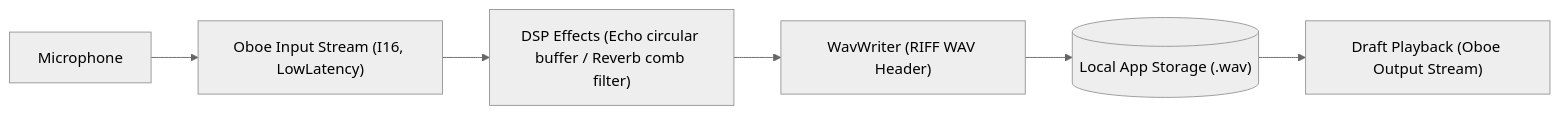
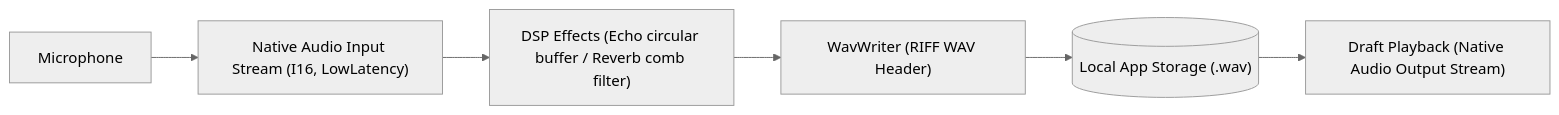
One commit to AkhilYeddu/RoxStar_App changed the second of 4 diagrams in README.md. Above: the diagram before and after it, drawn with Mermaid (neutral theme). The commit also changed other lines of this file and 243 other files, not shown here.

````diff
--- a/README.md
+++ b/README.md
@@ -87,8 +87,8 @@
 ```mermaid
 flowchart LR
-    Mic["Microphone"] --> OboeIn["Oboe Input Stream (I16, LowLatency)"]
-    OboeIn --> DSP["DSP Effects (Echo circular buffer / Reverb comb filter)"]
+    Mic["Microphone"] --> AudioIn["Native Audio Input Stream (I16, LowLatency)"]
+    AudioIn --> DSP["DSP Effects (Echo circular buffer / Reverb comb filter)"]
     DSP --> WavWriter["WavWriter (RIFF WAV Header)"]
     WavWriter --> Storage[("Local App Storage (.wav)")]
-    Storage --> Playback["Draft Playback (Oboe Output Stream)"]
+    Storage --> Playback["Draft Playback (Native Audio Output Stream)"]
 ```
````
